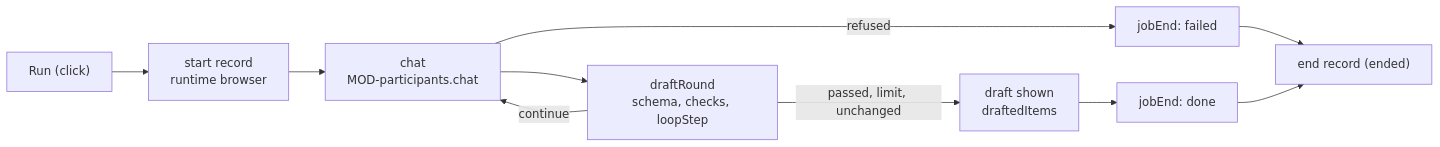
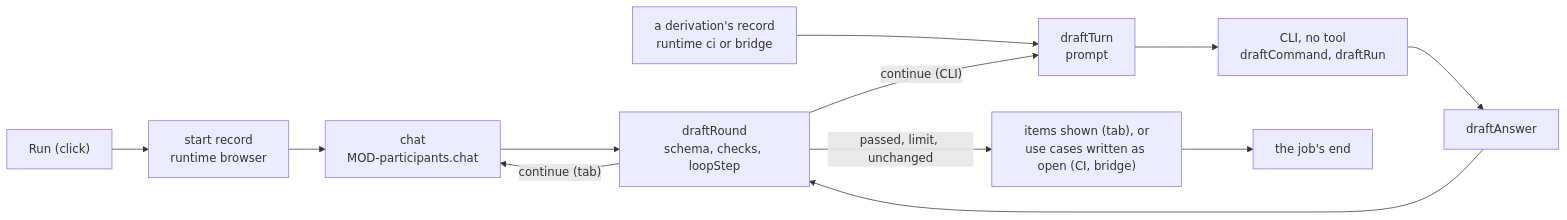
One commit to akmaier/agent-m changed the diagram in docs/architecture/ARC-031-drafting-jobs-in-the-browser-tab.md. Above: the diagram before and after it, drawn with Mermaid. The commit also changed other lines of this file and 5 other files, not shown here.

````diff
--- a/docs/architecture/ARC-031-drafting-jobs-in-the-browser-tab.md
+++ b/docs/architecture/ARC-031-drafting-jobs-in-the-browser-tab.md
@@ -154,12 +261,14 @@
 ```mermaid
 flowchart LR
     R["Run (click)"] --> S["start record<br/>runtime browser"]
     S --> C["chat<br/>MOD-participants.chat"]
+    J["a derivation's record<br/>runtime ci or bridge"] --> T["draftTurn<br/>prompt"]
+    T --> L["CLI, no tool<br/>draftCommand, draftRun"]
+    L --> A["draftAnswer"]
     C --> D["draftRound<br/>schema, checks, loopStep"]
-    D -- continue --> C
-    D -- "passed, limit, unchanged" --> V["draft shown<br/>draftedItems"]
-    C -- refused --> E["jobEnd: failed"]
-    V --> E2["jobEnd: done"]
-    E --> W["end record (ended)"]
-    E2 --> W
+    A --> D
+    D -- "continue (tab)" --> C
+    D -- "continue (CLI)" --> T
+    D -- "passed, limit, unchanged" --> V["items shown (tab), or<br/>use cases written as open (CI, bridge)"]
+    V --> W["the job's end"]
 ```
````
